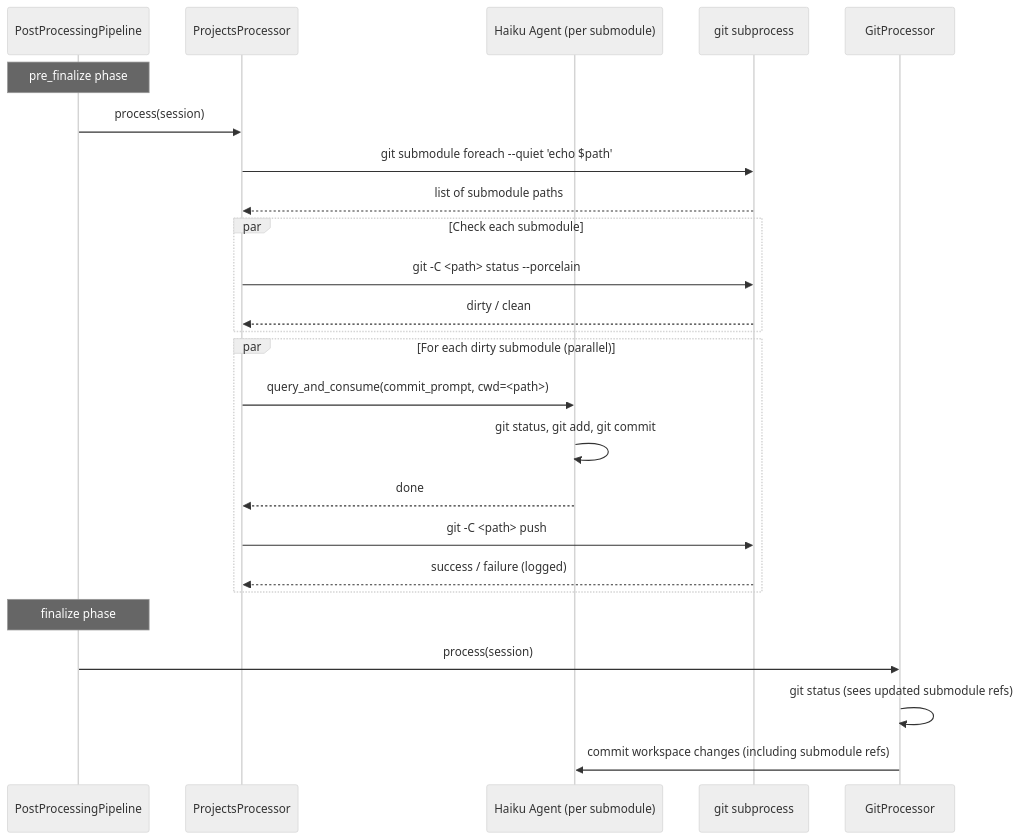
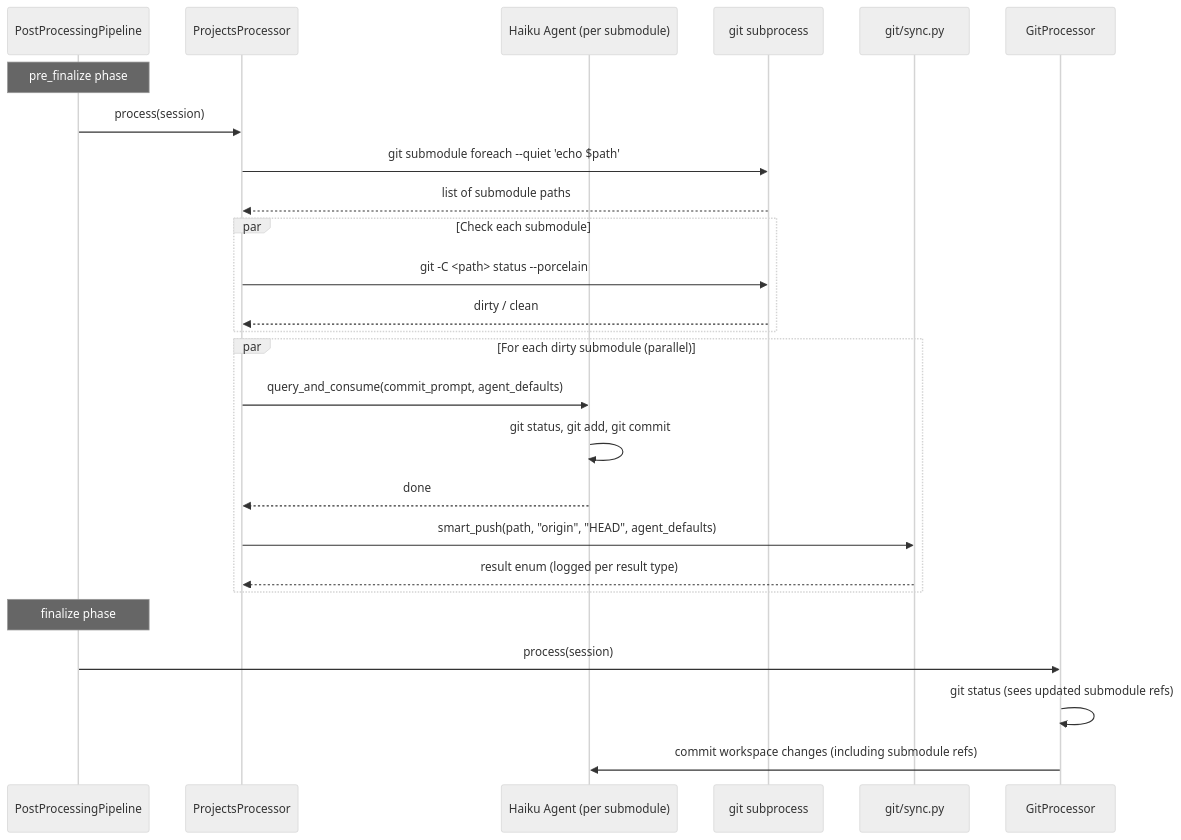
The fourth of 4 diagrams in docs/feature-designs/agent/project-management.md (asermax/tachikoma), drawn with Mermaid (neutral theme) before and after one commit. The commit also changed other lines of this file and 9 other files, not shown here.

````diff
--- a/docs/feature-designs/agent/project-management.md
+++ b/docs/feature-designs/agent/project-management.md
@@ -193,31 +210,32 @@
 ```mermaid
 sequenceDiagram
     participant Pipeline as PostProcessingPipeline
     participant PP as ProjectsProcessor
     participant Agent as Haiku Agent (per submodule)
     participant Git as git subprocess
+    participant Sync as git/sync.py
     participant GP as GitProcessor
 
     Note over Pipeline: pre_finalize phase
     Pipeline->>PP: process(session)
     PP->>Git: git submodule foreach --quiet 'echo $path'
     Git-->>PP: list of submodule paths
 
     par Check each submodule
         PP->>Git: git -C <path> status --porcelain
         Git-->>PP: dirty / clean
     end
 
     par For each dirty submodule (parallel)
-        PP->>Agent: query_and_consume(commit_prompt, cwd=<path>)
+        PP->>Agent: query_and_consume(commit_prompt, agent_defaults)
         Agent->>Agent: git status, git add, git commit
         Agent-->>PP: done
-        PP->>Git: git -C <path> push
-        Git-->>PP: success / failure (logged)
+        PP->>Sync: smart_push(path, "origin", "HEAD", agent_defaults)
+        Sync-->>PP: result enum (logged per result type)
     end
 
     Note over Pipeline: finalize phase
     Pipeline->>GP: process(session)
     GP->>GP: git status (sees updated submodule refs)
     GP->>Agent: commit workspace changes (including submodule refs)
 ```
````
